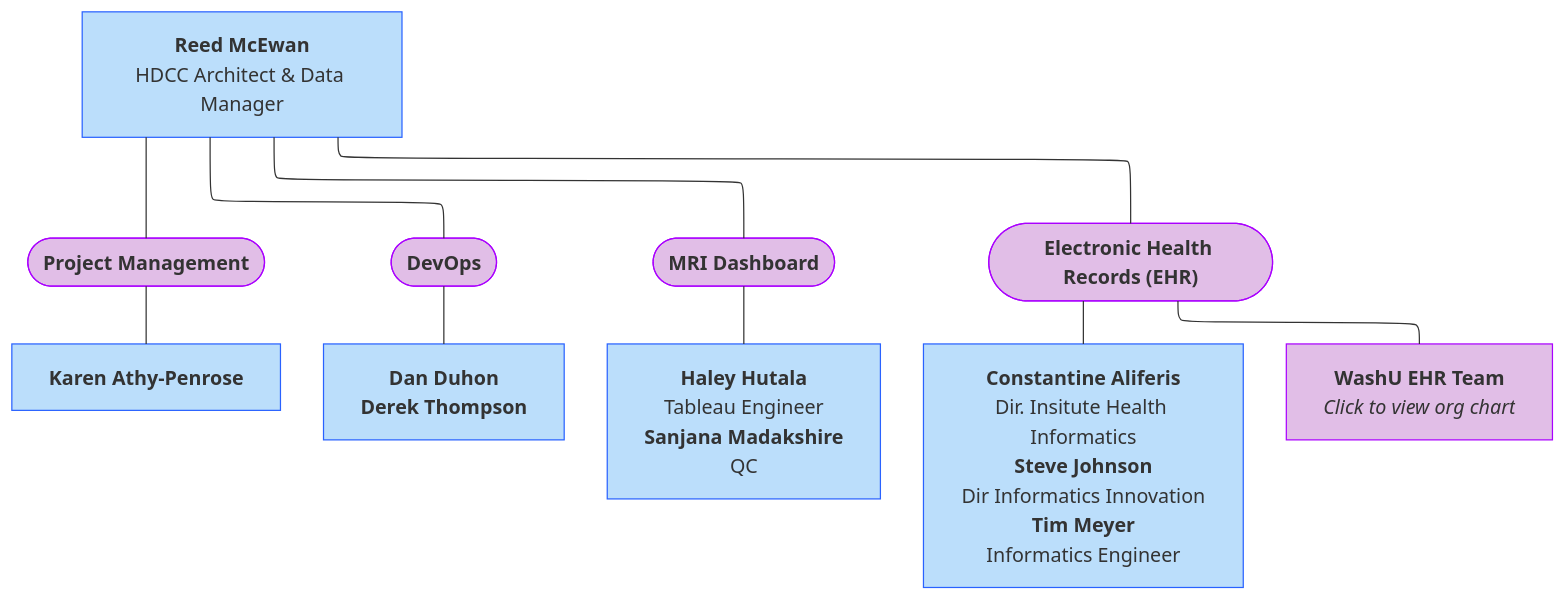
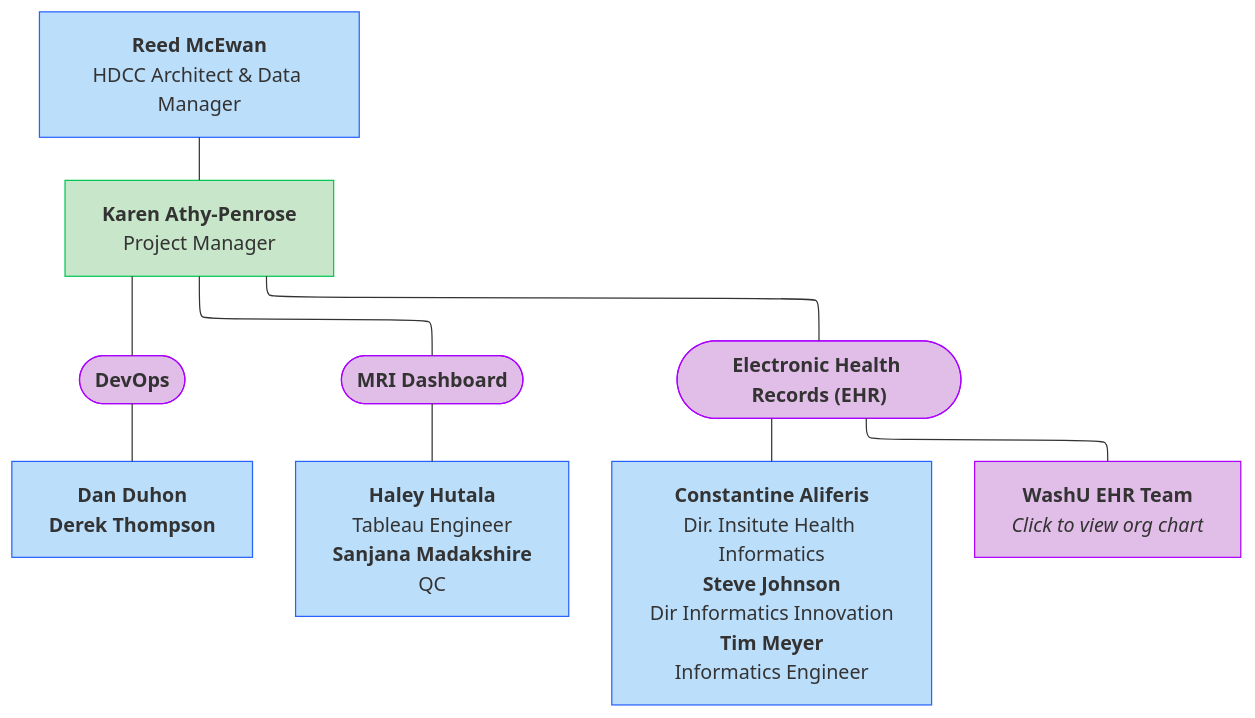
Before and after one commit to DCAN-Labs/hbcd-docs-internal: the sixth of 10 diagrams in docs/orgcharts.md, drawn with Mermaid. The commit also changed 1 other file, not shown here.

Commit message:
update HST w/ PM

````diff
--- a/docs/orgcharts.md
+++ b/docs/orgcharts.md
@@ -301,23 +301,22 @@
 ```mermaid
 ---
 config:
   layout: elk
 ---
 flowchart TB
-    B["<b>Reed McEwan</b><br>HDCC Architect &amp; Data Manager"] --- n1(["<b>Project Management</b>"]) & n2(["<b>DevOps</b>"]) & n3(["<b>MRI Dashboard</b>"]) & n4(["<b>Electronic Health Records (EHR)</b>"])
-    n1 --- E["<b>Karen Athy-Penrose</b>"]
+    B["<b>Karen Athy-Penrose</b><br>Project Manager"] --- n2(["<b>DevOps</b>"]) & n3(["<b>MRI Dashboard</b>"]) & n4(["<b>Electronic Health Records (EHR)</b>"])
     n2 --- F["<b>Dan Duhon<br>Derek Thompson</b>"]
     n3 --- G["<b>Haley Hutala</b><br>Tableau Engineer<br><b>Sanjana Madakshire</b><br>QC"]
     n4 --- H["<b>Constantine Aliferis</b><br>Dir. Insitute Health Informatics<br><b>Steve Johnson</b><br>Dir Informatics Innovation<br><b>Tim Meyer</b><br>Informatics Engineer"] & n5["<b>WashU EHR Team<br></b><i>Click to view org chart</i>"]
-    style B fill:#BBDEFB,stroke:#2962FF
-    style n1 fill:#E1BEE7,stroke:#AA00FF
+    E["<b>Reed McEwan</b><br>HDCC Architect &amp; Data Manager"] --- B
+    style B fill:#C8E6C9,stroke:#00C853
     style n2 fill:#E1BEE7,stroke:#AA00FF
     style n3 fill:#E1BEE7,stroke:#AA00FF
     style n4 fill:#E1BEE7,stroke:#AA00FF
-    style E fill:#BBDEFB,stroke:#2962FF
     style F fill:#BBDEFB,stroke:#2962FF
     style G fill:#BBDEFB,stroke:#2962FF
     style H fill:#BBDEFB,stroke:#2962FF
     style n5 fill:#E1BEE7,stroke:#AA00FF
+    style E fill:#BBDEFB,stroke:#2962FF
     click n5 "#washu"
 ```
````
